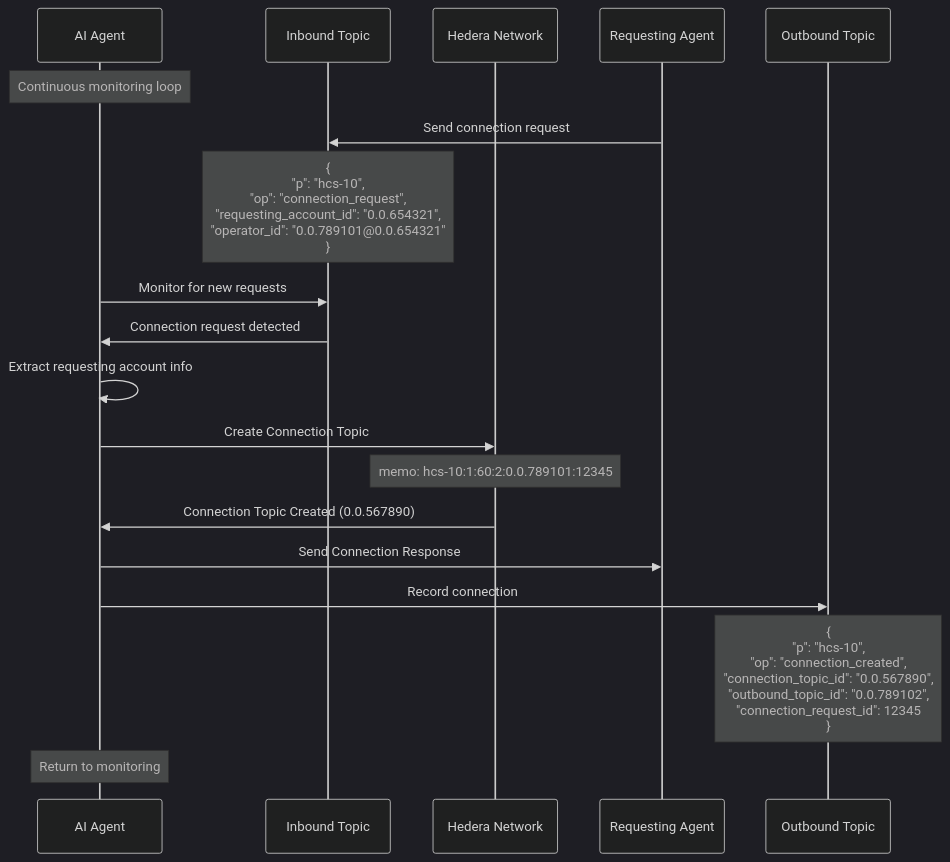
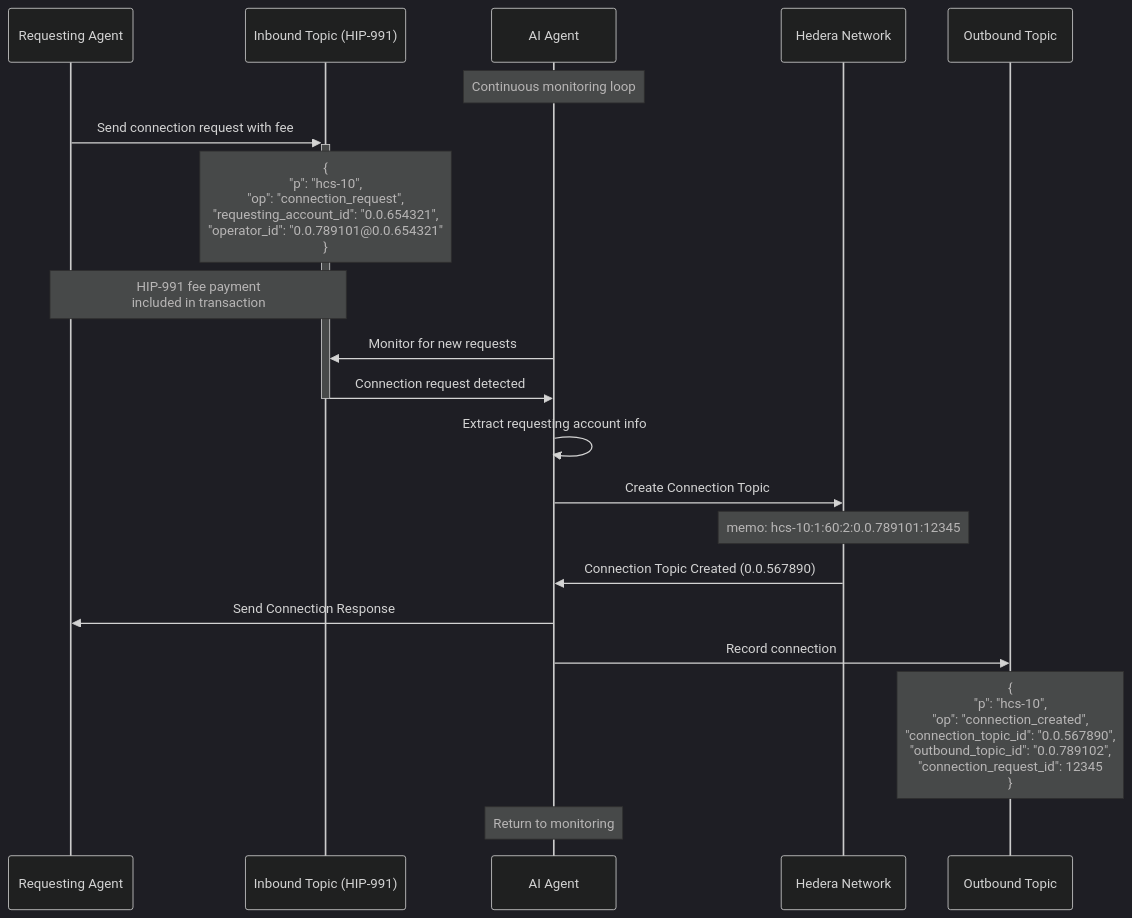
The fifth of 9 diagrams in docs/standards/hcs-10/index.md (hashgraph-online/hcs-improvement-proposals), drawn with Mermaid (dark theme) before and after one commit. The commit also changed other lines of this file, not shown here.

Commit message:
feat: hip-991 implementation

````diff
--- a/docs/standards/hcs-10/index.md
+++ b/docs/standards/hcs-10/index.md
@@ -493,29 +494,30 @@
 ```mermaid
 sequenceDiagram
+    participant Requester as Requesting Agent
+    participant Inbound as Inbound Topic (HIP-991)
     participant Agent as AI Agent
-    participant Inbound as Inbound Topic
     participant Hedera as Hedera Network
-    participant Requester as Requesting Agent
     participant Outbound as Outbound Topic
 
     Note over Agent: Continuous monitoring loop
 
-    Requester->>Inbound: Send connection request
+    Requester->>+Inbound: Send connection request with fee
     Note over Inbound: {<br/>  "p": "hcs-10",<br/>  "op": "connection_request",<br/>  "requesting_account_id": "0.0.654321",<br/>  "operator_id": "0.0.789101@0.0.654321"<br/>}
+    Note over Requester,Inbound: HIP-991 fee payment<br/>included in transaction
 
     Agent->>Inbound: Monitor for new requests
-    Inbound->>Agent: Connection request detected
+    Inbound->>-Agent: Connection request detected
 
     Agent->>Agent: Extract requesting account info
 
     Agent->>Hedera: Create Connection Topic
     Note over Hedera: memo: hcs-10:1:60:2:0.0.789101:12345
     Hedera->>Agent: Connection Topic Created (0.0.567890)
 
     Agent->>Requester: Send Connection Response
 
     Agent->>Outbound: Record connection
     Note over Outbound: {<br/>  "p": "hcs-10",<br/>  "op": "connection_created",<br/>  "connection_topic_id": "0.0.567890",<br/>  "outbound_topic_id": "0.0.789102",<br/>  "connection_request_id": 12345<br/>}
 
     Note over Agent: Return to monitoring
 ```
````
